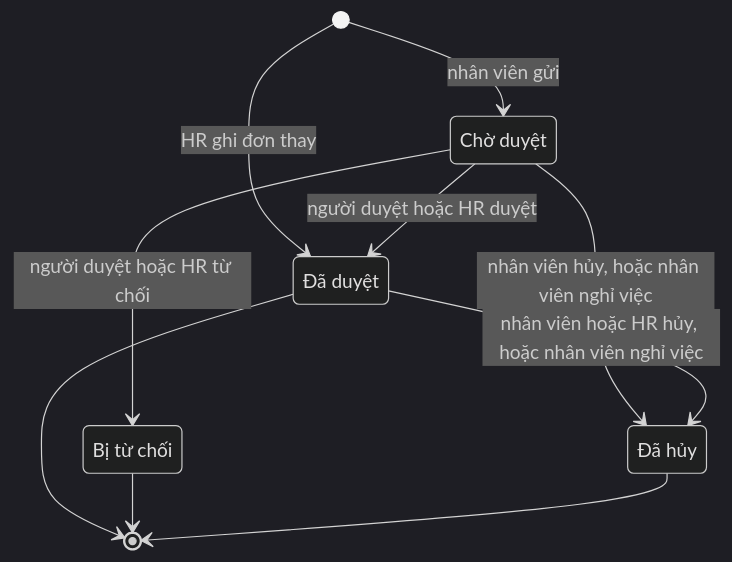
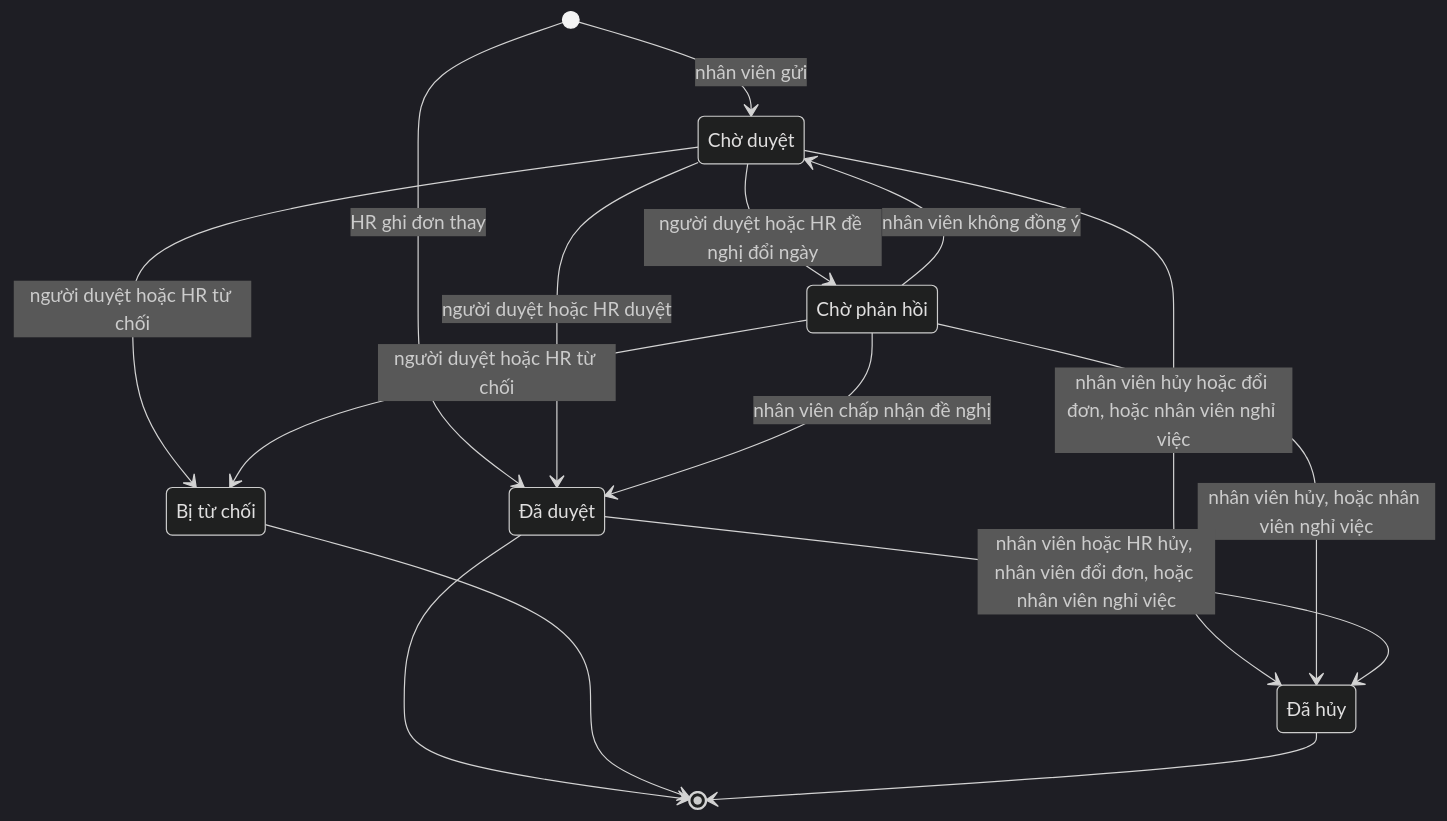
One commit to pbaodev/hr-manager changed the ninth of 12 diagrams in docs/analysis/domain.md. Above: the diagram before and after it, drawn with Mermaid (dark theme). The commit also changed other lines of this file and 7 other files, not shown here.

````diff
--- a/docs/analysis/domain.md
+++ b/docs/analysis/domain.md
@@ -323,16 +349,22 @@
 ```mermaid
 stateDiagram-v2
   state "Chờ duyệt" as pending
+  state "Chờ phản hồi" as awaiting
   state "Đã duyệt" as approved
   state "Bị từ chối" as rejected
   state "Đã hủy" as cancelled
   [*] --> pending: nhân viên gửi
   [*] --> approved: HR ghi đơn thay
   pending --> approved: người duyệt hoặc HR duyệt
   pending --> rejected: người duyệt hoặc HR từ chối
-  pending --> cancelled: nhân viên hủy, hoặc nhân viên nghỉ việc
-  approved --> cancelled: nhân viên hoặc HR hủy, hoặc nhân viên nghỉ việc
+  pending --> awaiting: người duyệt hoặc HR đề nghị đổi ngày
+  pending --> cancelled: nhân viên hủy hoặc đổi đơn, hoặc nhân viên nghỉ việc
+  awaiting --> approved: nhân viên chấp nhận đề nghị
+  awaiting --> pending: nhân viên không đồng ý
+  awaiting --> rejected: người duyệt hoặc HR từ chối
+  awaiting --> cancelled: nhân viên hủy, hoặc nhân viên nghỉ việc
+  approved --> cancelled: nhân viên hoặc HR hủy, nhân viên đổi đơn, hoặc nhân viên nghỉ việc
   approved --> [*]
   rejected --> [*]
   cancelled --> [*]
 ```
````
